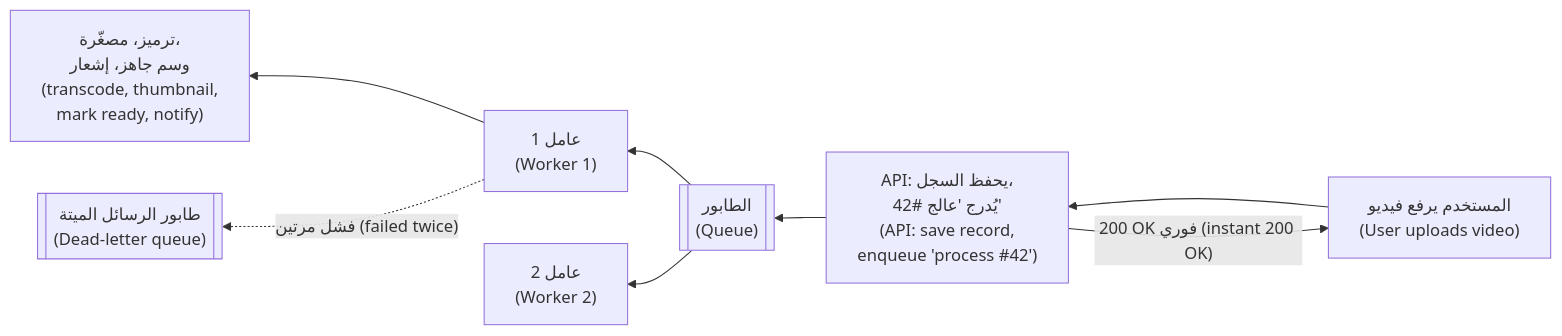
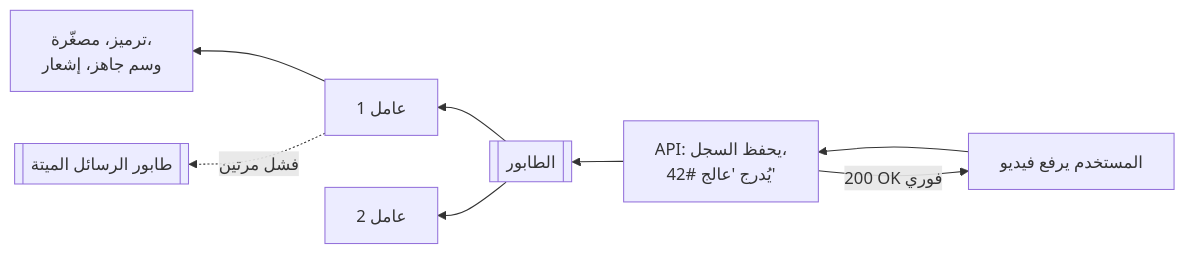
Before and after one commit to Tamoura/system-design-for-vibe-coders: the second of 7 diagrams in modules/10-scaling/module.ar.md, drawn with Mermaid. The commit also changed other lines of this file and 551 other files, not shown here.

````diff
--- a/modules/10-scaling/module.ar.md
+++ b/modules/10-scaling/module.ar.md
@@ -178,10 +178,10 @@
 ```mermaid
 flowchart RL
-    U["المستخدم يرفع فيديو<br/>(User uploads video)"] --> API["API: يحفظ السجل،<br/>يُدرج 'عالج #42'<br/>(API: save record,<br/>enqueue 'process #42')"]
-    API -->|"200 OK فوري (instant 200 OK)"| U
-    API --> Q[["الطابور<br/>(Queue)"]]
-    Q --> W1["عامل 1<br/>(Worker 1)"]
-    Q --> W2["عامل 2<br/>(Worker 2)"]
-    W1 --> DONE["ترميز، مصغّرة،<br/>وسم جاهز، إشعار<br/>(transcode, thumbnail,<br/>mark ready, notify)"]
-    W1 -.->|"فشل مرتين (failed twice)"| DLQ[["طابور الرسائل الميتة<br/>(Dead-letter queue)"]]
+    U["المستخدم يرفع فيديو"] --> API["API: يحفظ السجل،<br/>يُدرج 'عالج #42'"]
+    API -->|"200 OK فوري"| U
+    API --> Q[["الطابور"]]
+    Q --> W1["عامل 1"]
+    Q --> W2["عامل 2"]
+    W1 --> DONE["ترميز، مصغّرة،<br/>وسم جاهز، إشعار"]
+    W1 -.->|"فشل مرتين"| DLQ[["طابور الرسائل الميتة"]]
 ```
````
